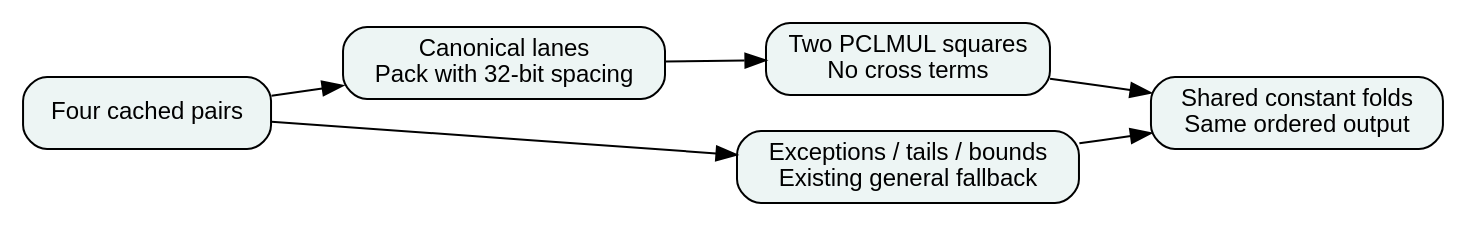
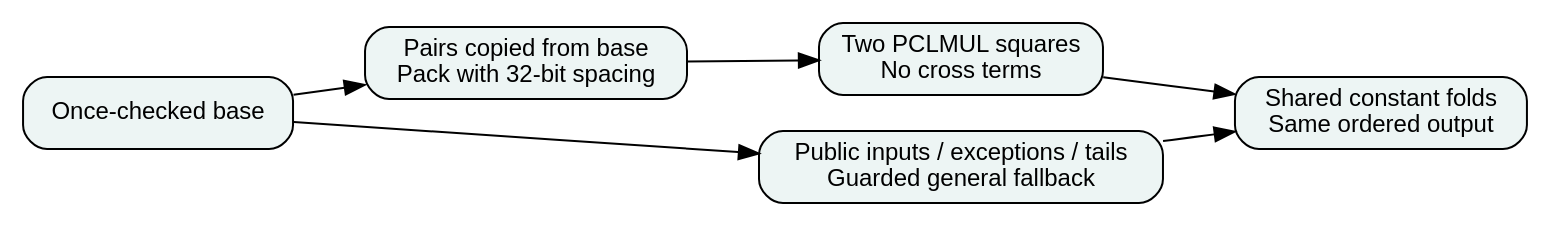
One commit to isogeny-labs/cryptanalysis changed the diagram in experiments/ic-packed-const-square-20261116/kernel-flow.dot. Above: the diagram before and after it, drawn with Graphviz. The commit also changed 35 other files, not shown here.

Commit message:
Hoist immutable-base canonical validation and require clean native checks

```diff
--- a/experiments/ic-packed-const-square-20261116/kernel-flow.dot
+++ b/experiments/ic-packed-const-square-20261116/kernel-flow.dot
@@ -1,10 +1,10 @@
 digraph kernel {
  rankdir=LR; bgcolor="white"; node [shape=box,style="rounded,filled",fillcolor="#edf5f4",fontname="Helvetica",fontsize=12]; edge [fontname="Helvetica",fontsize=10];
- input [label="Four cached pairs"];
- packed [label="Canonical lanes\nPack with 32-bit spacing"];
+ input [label="Once-checked base"];
+ packed [label="Pairs copied from base\nPack with 32-bit spacing"];
  squares [label="Two PCLMUL squares\nNo cross terms"];
  fold [label="Shared constant folds\nSame ordered output"];
- fallback [label="Exceptions / tails / bounds\nExisting general fallback"];
+ fallback [label="Public inputs / exceptions / tails\nGuarded general fallback"];
  input -> packed -> squares -> fold;
  input -> fallback -> fold;
 }
```
